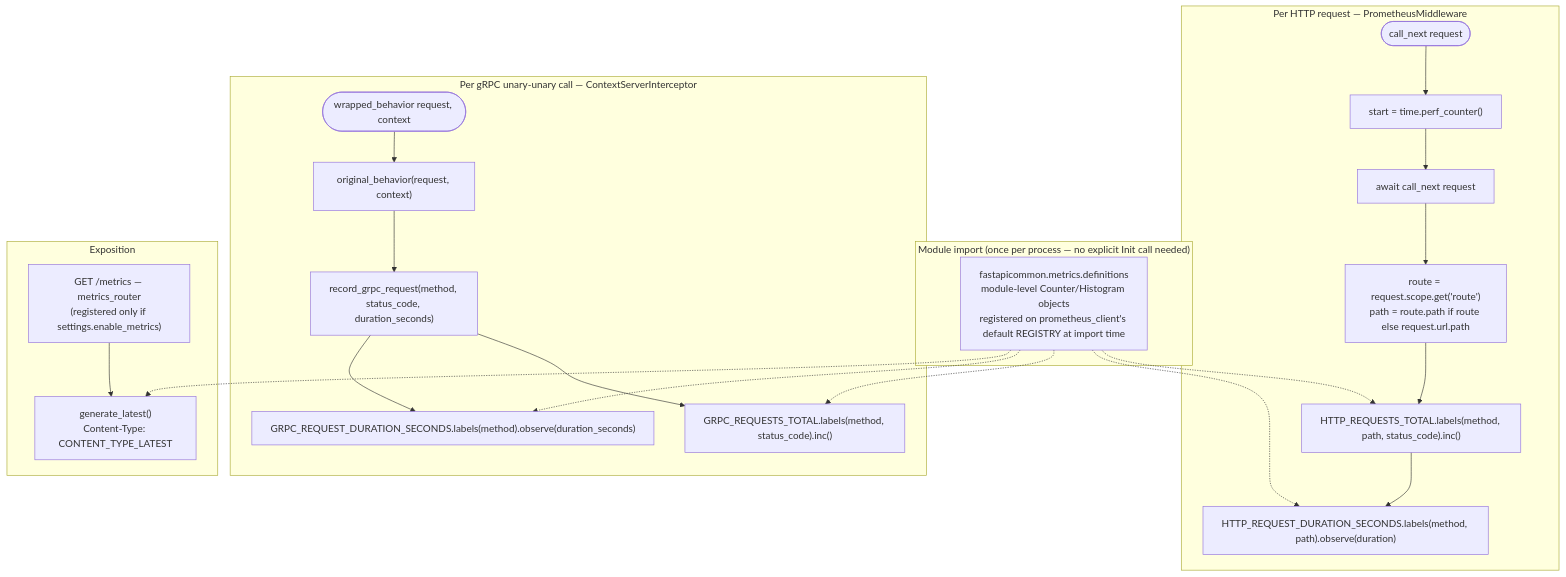
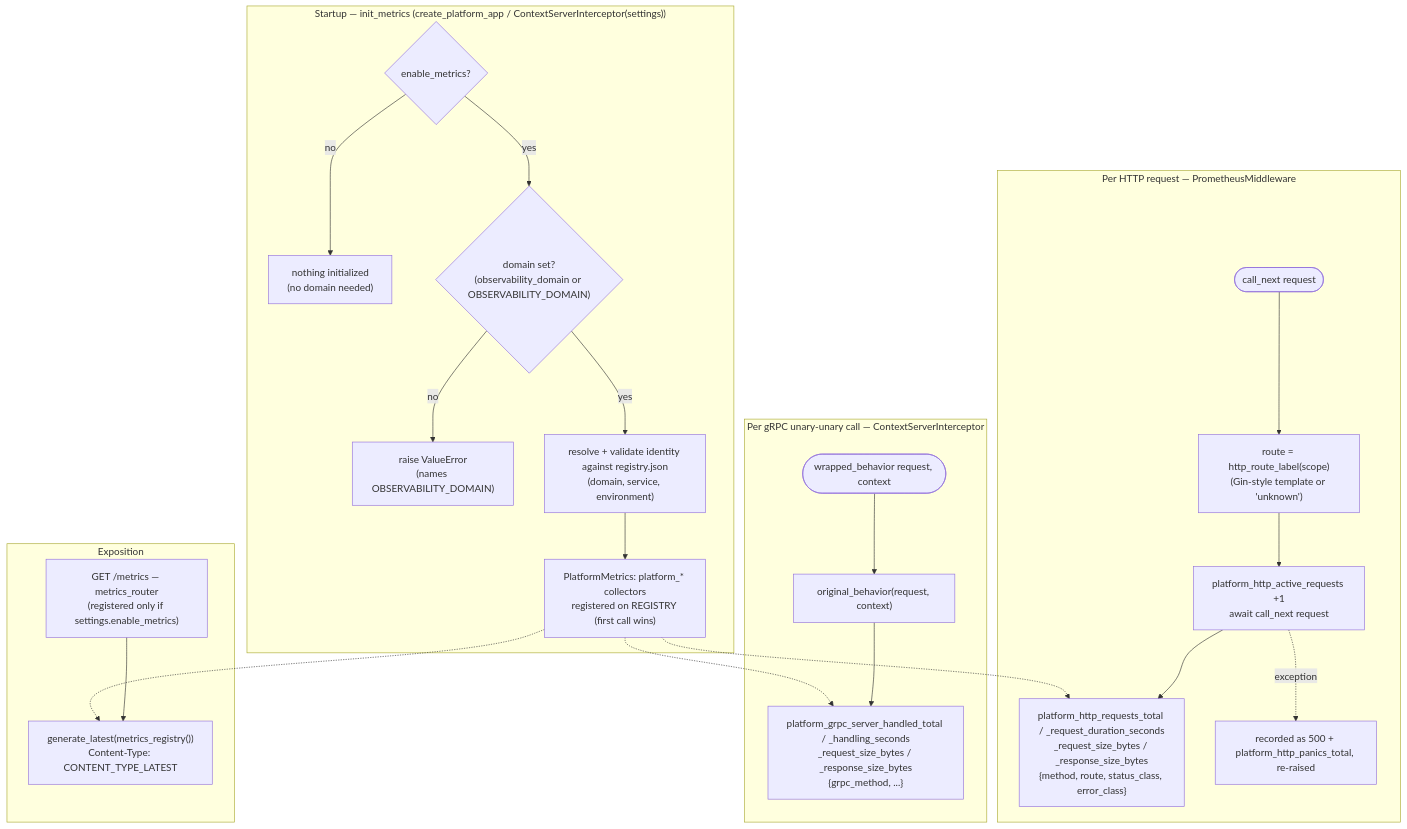
The diagram in docs/architecture/mermaid/metrics-flow.mmd (BCBP-SOLUTIONS-FZC-LLC/platform-fastapicommon), drawn with Mermaid before and after one commit. The commit also changed 42 other files, not shown here.

First line of the commit message:
feat!: Enterprise Platform Observability Standard + RFC 9457 Problem Details (parity with platform-gincommon v2) (#20)

```diff
--- a/docs/architecture/mermaid/metrics-flow.mmd
+++ b/docs/architecture/mermaid/metrics-flow.mmd
@@ -1,30 +1,29 @@
 flowchart TD
-    subgraph init["Module import (once per process — no explicit Init call needed)"]
-        A["fastapicommon.metrics.definitions\nmodule-level Counter/Histogram objects\nregistered on prometheus_client's default REGISTRY at import time"]
+    subgraph init["Startup — init_metrics (create_platform_app / ContextServerInterceptor(settings))"]
+        A0{"enable_metrics?"} -->|no| A1["nothing initialized\n(no domain needed)"]
+        A0 -->|yes| A2{"domain set?\n(observability_domain or OBSERVABILITY_DOMAIN)"}
+        A2 -->|no| AX["raise ValueError\n(names OBSERVABILITY_DOMAIN)"]
+        A2 -->|yes| A3["resolve + validate identity against registry.json\n(domain, service, environment)"]
+        A3 --> A["PlatformMetrics: platform_* collectors\nregistered on REGISTRY (first call wins)"]
     end
 
     subgraph http["Per HTTP request — PrometheusMiddleware"]
-        B([call_next request]) --> C["start = time.perf_counter()"]
-        C --> D[await call_next request]
-        D --> E["route = request.scope.get('route')\npath = route.path if route else request.url.path"]
-        E --> F["HTTP_REQUESTS_TOTAL.labels(method, path, status_code).inc()"]
-        F --> G["HTTP_REQUEST_DURATION_SECONDS.labels(method, path).observe(duration)"]
+        B([call_next request]) --> C["route = http_route_label(scope)\n(Gin-style template or 'unknown')"]
+        C --> D["platform_http_active_requests +1\nawait call_next request"]
+        D --> F["platform_http_requests_total / _request_duration_seconds\n_request_size_bytes / _response_size_bytes\n{method, route, status_class, error_class}"]
+        D -.->|exception| P["recorded as 500 + platform_http_panics_total, re-raised"]
     end
 
     subgraph grpcflow["Per gRPC unary-unary call — ContextServerInterceptor"]
         H([wrapped_behavior request, context]) --> I["original_behavior(request, context)"]
-        I --> J["record_grpc_request(method, status_code, duration_seconds)"]
-        J --> K["GRPC_REQUESTS_TOTAL.labels(method, status_code).inc()"]
-        J --> L["GRPC_REQUEST_DURATION_SECONDS.labels(method).observe(duration_seconds)"]
+        I --> K["platform_grpc_server_handled_total / _handling_seconds\n_request_size_bytes / _response_size_bytes\n{grpc_method, ...}"]
     end
 
     subgraph expose["Exposition"]
         M["GET /metrics — metrics_router\n(registered only if settings.enable_metrics)"]
-        M --> N["generate_latest()\nContent-Type: CONTENT_TYPE_LATEST"]
+        M --> N["generate_latest(metrics_registry())\nContent-Type: CONTENT_TYPE_LATEST"]
     end
 
     A -.-> F
-    A -.-> G
     A -.-> K
-    A -.-> L
     A -.-> N
```
